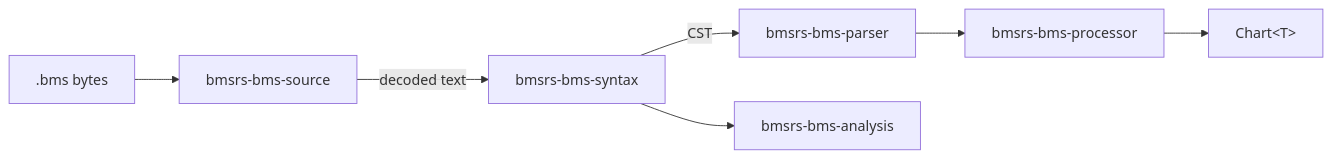
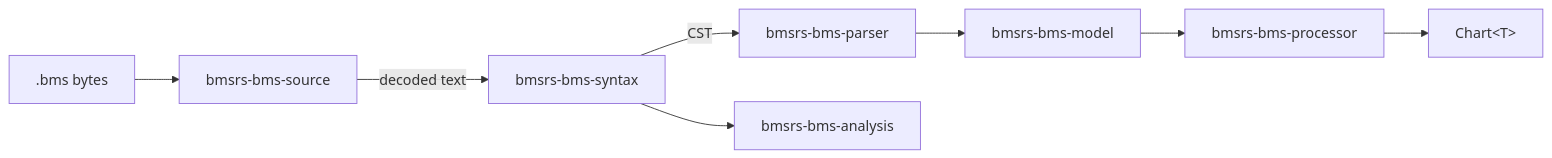
One commit to brightmeows/bmsrs changed the diagram in bms/AGENTS.md. Above: the diagram before and after it, drawn with Mermaid. The commit also changed other lines of this file and 40 other files, not shown here.

Commit message:
refactor(bms)!: split Bms model into bmsrs-bms-model

````diff
--- a/bms/AGENTS.md
+++ b/bms/AGENTS.md
@@ -11,9 +11,10 @@
 ```mermaid
 flowchart LR
     Raw[".bms bytes"] --> Src[bmsrs-bms-source]
     Src -->|decoded text| Syn[bmsrs-bms-syntax]
     Syn -->|CST| Par[bmsrs-bms-parser]
-    Par --> Proc[bmsrs-bms-processor]
+    Par --> Model[bmsrs-bms-model]
+    Model --> Proc[bmsrs-bms-processor]
     Proc --> Chart["Chart&lt;T&gt;"]
     Syn --> Analysis[bmsrs-bms-analysis]
 ```
````
